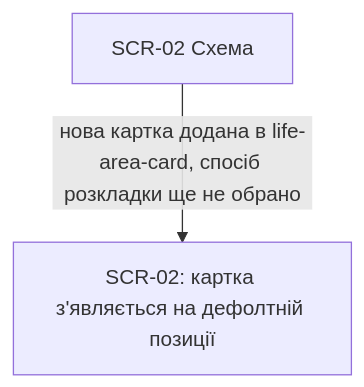
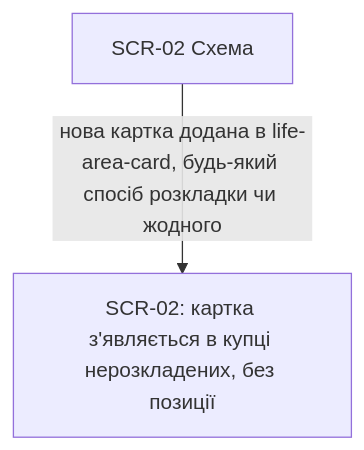
Before and after one commit to danyllukandrey-cloud/claude-workspace: the seventh of 8 diagrams in docs/features/structure/ux-flows.md, drawn with Mermaid. The commit also changed other lines of this file and 9 other files, not shown here.

````diff
--- a/docs/features/structure/ux-flows.md
+++ b/docs/features/structure/ux-flows.md
@@ -110,4 +109,4 @@
 ```mermaid
 flowchart TD
-    A[SCR-02 Схема] -->|нова картка додана в life-area-card, спосіб розкладки ще не обрано| B[SCR-02: картка з'являється на дефолтній позиції]
+    A[SCR-02 Схема] -->|нова картка додана в life-area-card, будь-який спосіб розкладки чи жодного| B[SCR-02: картка з'являється в купці нерозкладених, без позиції]
 ```
````
